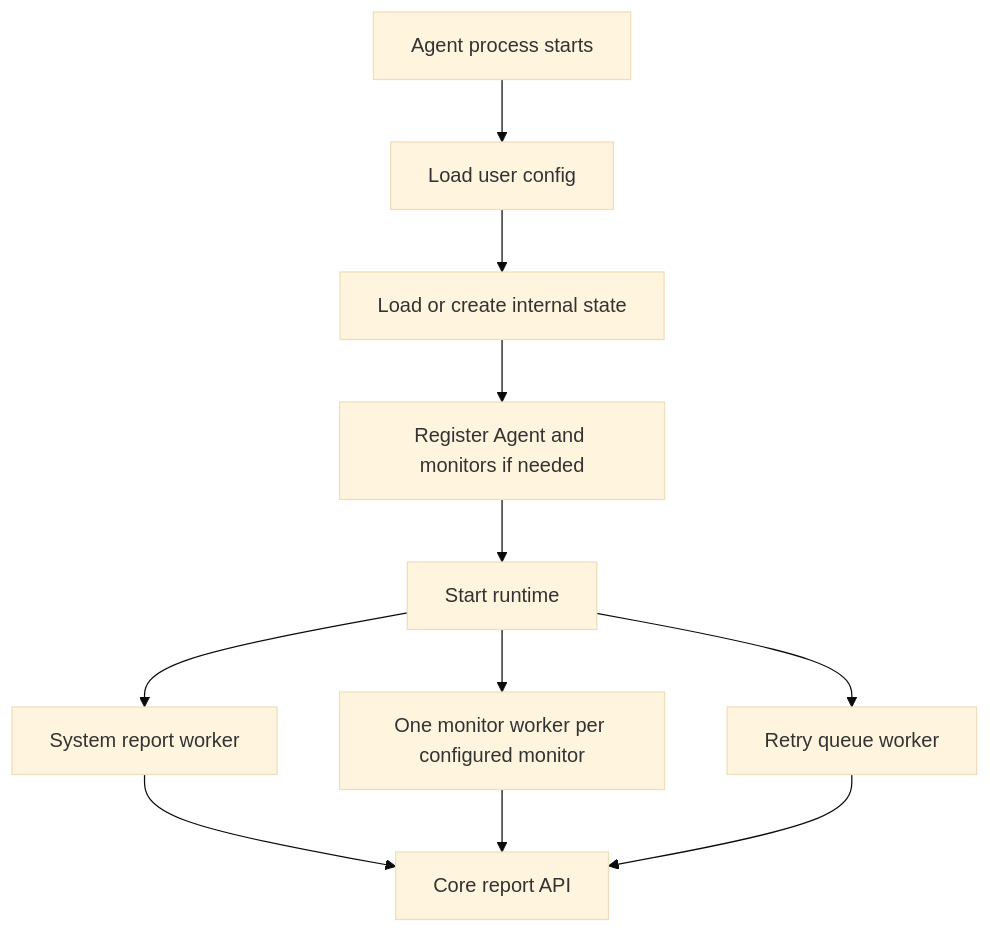
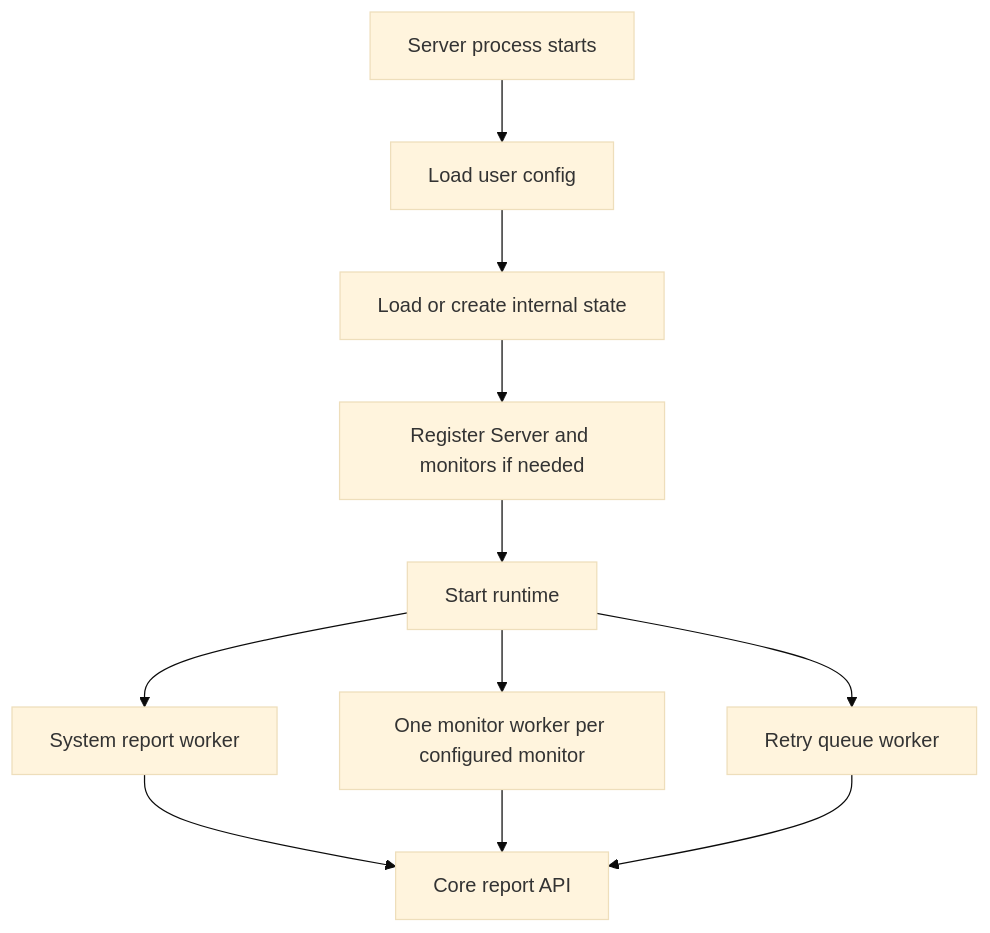
The second of 3 diagrams in docs/architecture/system-overview.md (sunday-studio/orion), drawn with Mermaid (base theme) before and after one commit. The commit also changed other lines of this file and 223 other files, not shown here.

````diff
--- a/docs/architecture/system-overview.md
+++ b/docs/architecture/system-overview.md
@@ -66,13 +66,13 @@
 ```mermaid
 flowchart TD
-  Start["Agent process starts"] --> LoadConfig["Load user config"]
+  Start["Server process starts"] --> LoadConfig["Load user config"]
   LoadConfig --> LoadState["Load or create internal state"]
-  LoadState --> Register["Register Agent and monitors if needed"]
+  LoadState --> Register["Register Server and monitors if needed"]
   Register --> Run["Start runtime"]
   Run --> SystemWorker["System report worker"]
   Run --> RetryWorker["Retry queue worker"]
   Run --> MonitorWorkers["One monitor worker per configured monitor"]
   SystemWorker --> CoreReports["Core report API"]
   MonitorWorkers --> CoreReports
   RetryWorker --> CoreReports
 ```
````
